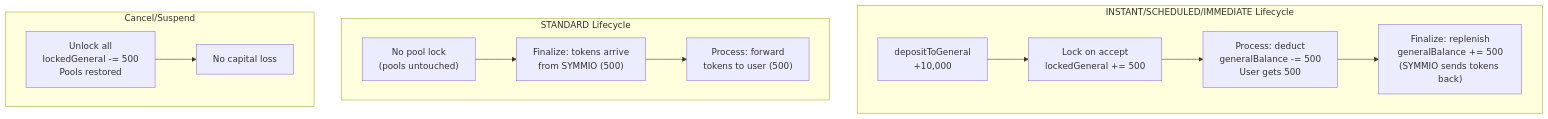
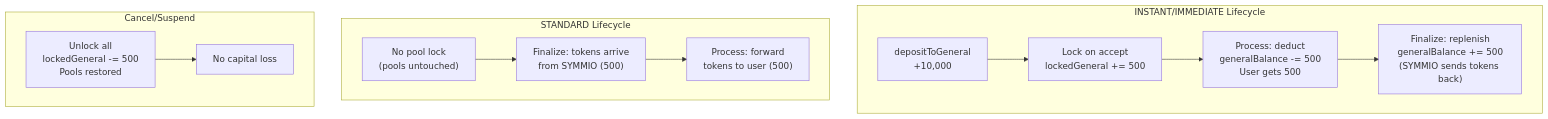
One commit to SYMM-IO/perps-core changed diagram 26 of 29 in docs/v0.8.6/express-bot-operations-checklist.md. Above: the diagram before and after it, drawn with Mermaid. The commit also changed other lines of this file and 14 other files, not shown here.

````diff
--- a/docs/v0.8.6/express-bot-operations-checklist.md
+++ b/docs/v0.8.6/express-bot-operations-checklist.md
@@ -4372,17 +3673,17 @@
 ```mermaid
 flowchart TD
-    subgraph "INSTANT/SCHEDULED/IMMEDIATE Lifecycle"
+    subgraph "INSTANT/IMMEDIATE Lifecycle"
         A1["depositToGeneral\n+10,000"] --> B1["Lock on accept\nlockedGeneral += 500"]
         B1 --> C1["Process: deduct\ngeneralBalance -= 500\nUser gets 500"]
         C1 --> D1["Finalize: replenish\ngeneralBalance += 500\n(SYMMIO sends tokens back)"]
     end
 
     subgraph "STANDARD Lifecycle"
         A2["No pool lock\n(pools untouched)"] --> B2["Finalize: tokens arrive\nfrom SYMMIO (500)"]
         B2 --> C2["Process: forward\ntokens to user (500)"]
     end
 
     subgraph "Cancel/Suspend"
         X["Unlock all\nlockedGeneral -= 500\nPools restored"] --> Y["No capital loss"]
     end
 ```
````
